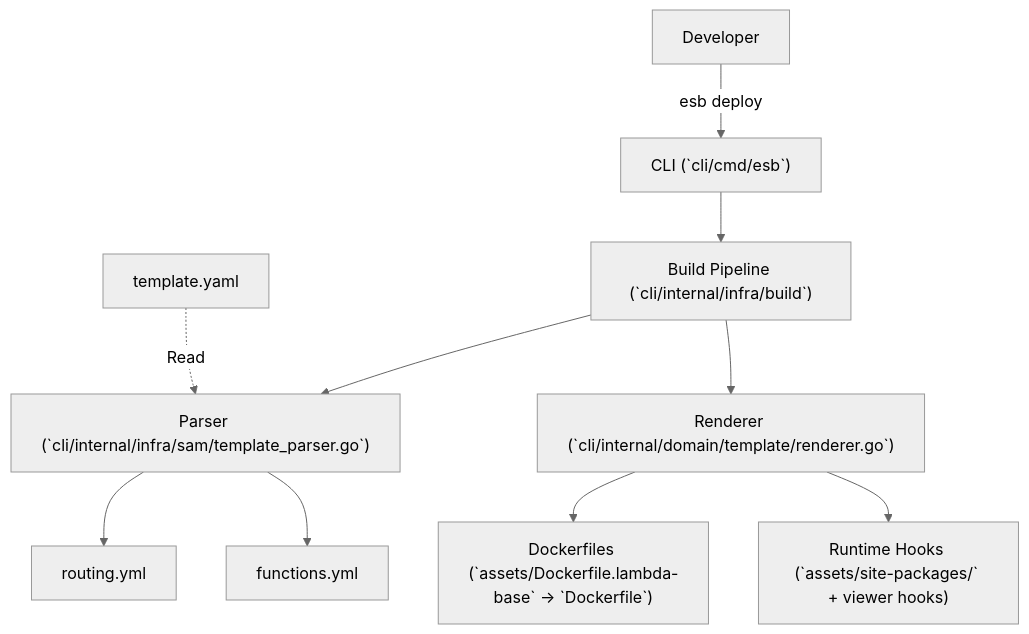
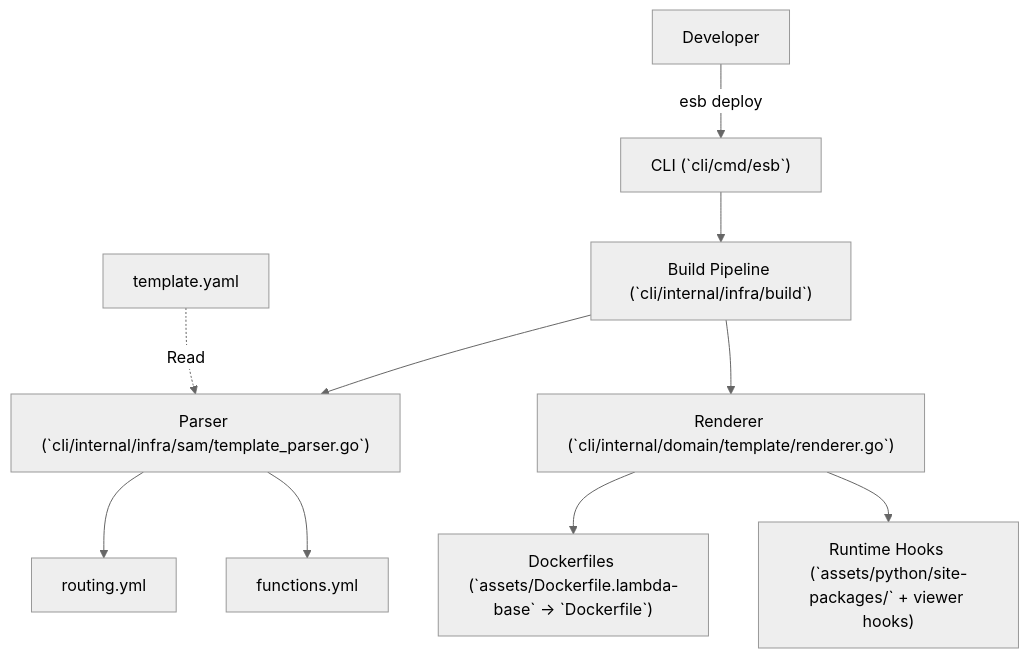
One commit to poruru-code/esb-cli changed the diagram in docs/generator-architecture.md. Above: the diagram before and after it, drawn with Mermaid (neutral theme). The commit also changed other lines of this file and 19 other files, not shown here.

````diff
--- a/docs/generator-architecture.md
+++ b/docs/generator-architecture.md
@@ -16,16 +16,16 @@
 ```mermaid
 flowchart TD
     User["Developer"] -->|"esb deploy"| CLI["CLI (`cli/cmd/esb`)"]
 
     CLI --> Build["Build Pipeline (`cli/internal/infra/build`)"]
     Build --> Parser["Parser (`cli/internal/infra/sam/template_parser.go`)"]
     Build --> Renderer["Renderer (`cli/internal/domain/template/renderer.go`)"]
 
     SAM["template.yaml"] -.->|Read| Parser
 
     Parser --> Routing["routing.yml"]
     Parser --> Functions["functions.yml"]
 
     Renderer --> Dockerfiles["Dockerfiles (`assets/Dockerfile.lambda-base` → `Dockerfile`)"]
-    Renderer --> RuntimeHooks["Runtime Hooks (`assets/site-packages/` + viewer hooks)"]
+    Renderer --> RuntimeHooks["Runtime Hooks (`assets/python/site-packages/` + viewer hooks)"]
 ```
````
